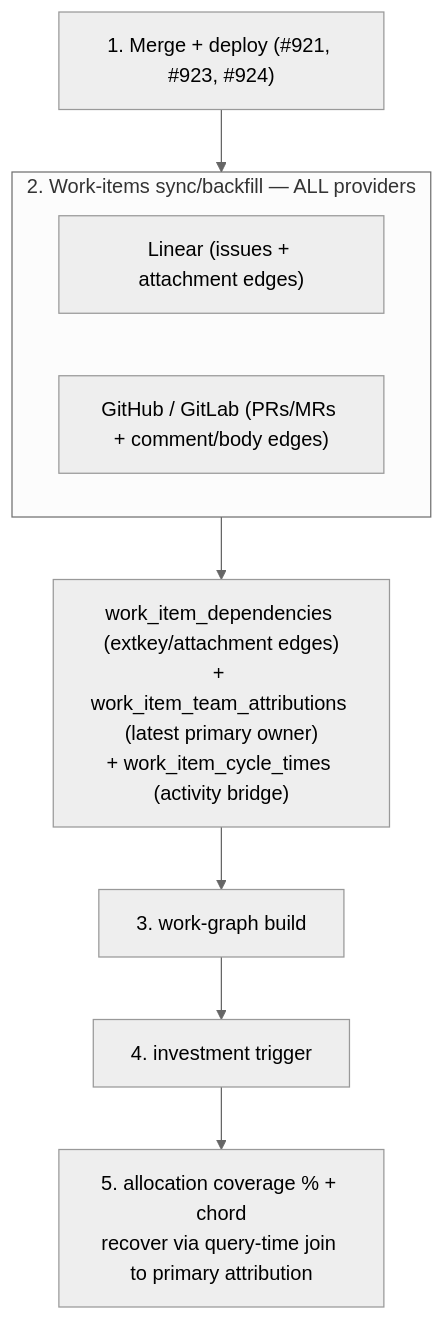
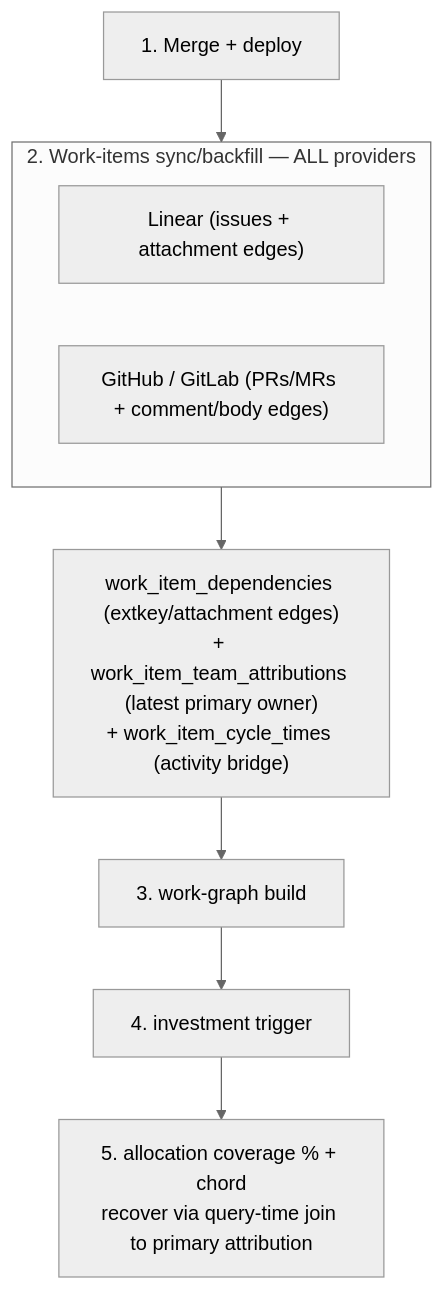
The eighth of 9 diagrams in docs/contribute/architecture/team-attribution.md (full-chaos/dev-health-ops), drawn with Mermaid (neutral theme) before and after one commit. The commit also changed other lines of this file and 51 other files, not shown here.

````diff
--- a/docs/contribute/architecture/team-attribution.md
+++ b/docs/contribute/architecture/team-attribution.md
@@ -4080,12 +3888,12 @@
 ```mermaid
 flowchart TD
-    DEP["1. Merge + deploy (#921, #923, #924)"] --> SYNC
+    DEP["1. Merge + deploy"] --> SYNC
     subgraph SYNC ["2. Work-items sync/backfill — ALL providers"]
         L["Linear (issues + attachment edges)"]
         G["GitHub / GitLab (PRs/MRs + comment/body edges)"]
     end
     SYNC --> CT["work_item_dependencies (extkey/attachment edges)<br/>+ work_item_team_attributions (latest primary owner)<br/>+ work_item_cycle_times (activity bridge)"]
     CT --> WG["3. work-graph build"]
     WG --> IM["4. investment trigger"]
     IM --> Q["5. allocation coverage % + chord<br/>recover via query-time join to primary attribution"]
 ```
````
